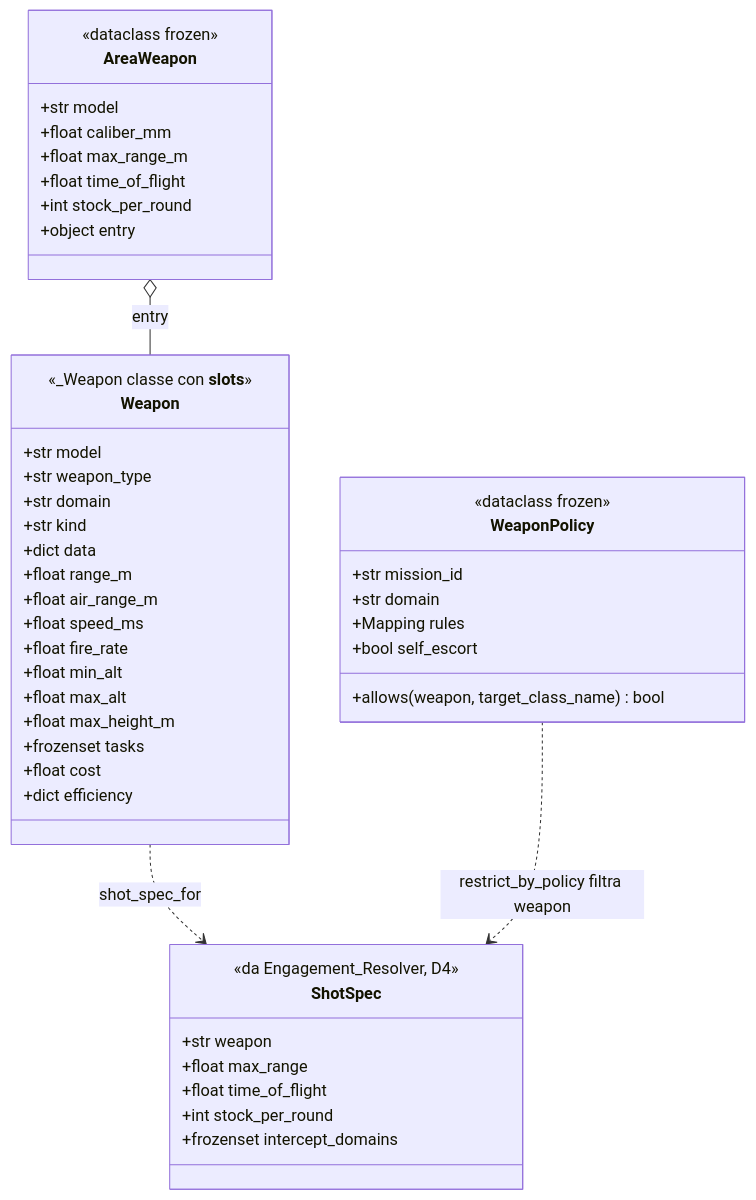
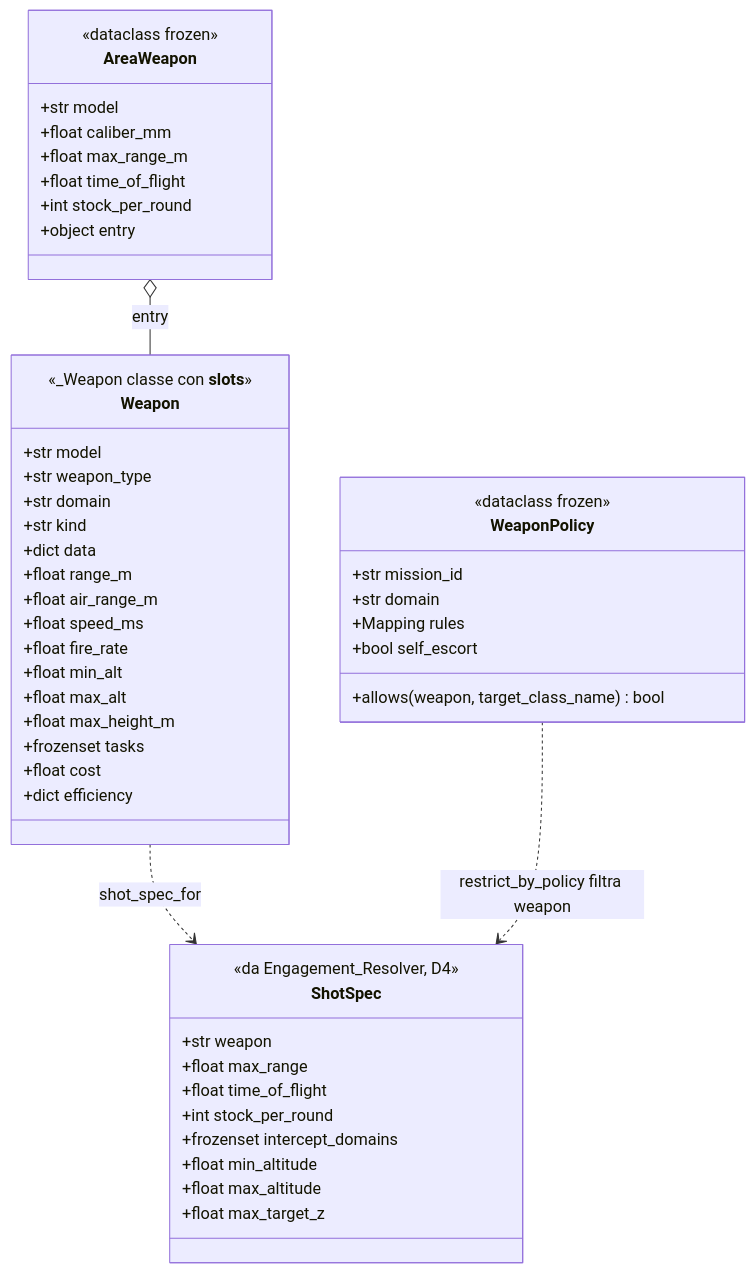
Before and after one commit to MakusIV/Warfare-Model: the fifth of 22 diagrams in Analysis/Document/Manuale_Motore_DES/11a_Atlante_Risolutore.md, drawn with Mermaid. The commit also changed other lines of this file and 5 other files, not shown here.

````diff
--- a/Analysis/Document/Manuale_Motore_DES/11a_Atlante_Risolutore.md
+++ b/Analysis/Document/Manuale_Motore_DES/11a_Atlante_Risolutore.md
@@ -364,50 +364,53 @@
 ```mermaid
 classDiagram
     class Weapon {
         <<_Weapon classe con __slots__>>
         +str model
         +str weapon_type
         +str domain
         +str kind
         +dict data
         +float range_m
         +float air_range_m
         +float speed_ms
         +float fire_rate
         +float min_alt
         +float max_alt
         +float max_height_m
         +frozenset tasks
         +float cost
         +dict efficiency
     }
     class WeaponPolicy {
         <<dataclass frozen>>
         +str mission_id
         +str domain
         +Mapping rules
         +bool self_escort
         +allows(weapon, target_class_name) bool
     }
     class AreaWeapon {
         <<dataclass frozen>>
         +str model
         +float caliber_mm
         +float max_range_m
         +float time_of_flight
         +int stock_per_round
         +object entry
     }
     class ShotSpec {
         <<da Engagement_Resolver, D4>>
         +str weapon
         +float max_range
         +float time_of_flight
         +int stock_per_round
         +frozenset intercept_domains
+        +float min_altitude
+        +float max_altitude
+        +float max_target_z
     }
 
     Weapon ..> ShotSpec : shot_spec_for
     AreaWeapon o-- Weapon : entry
     WeaponPolicy ..> ShotSpec : restrict_by_policy filtra weapon
 ```
````
